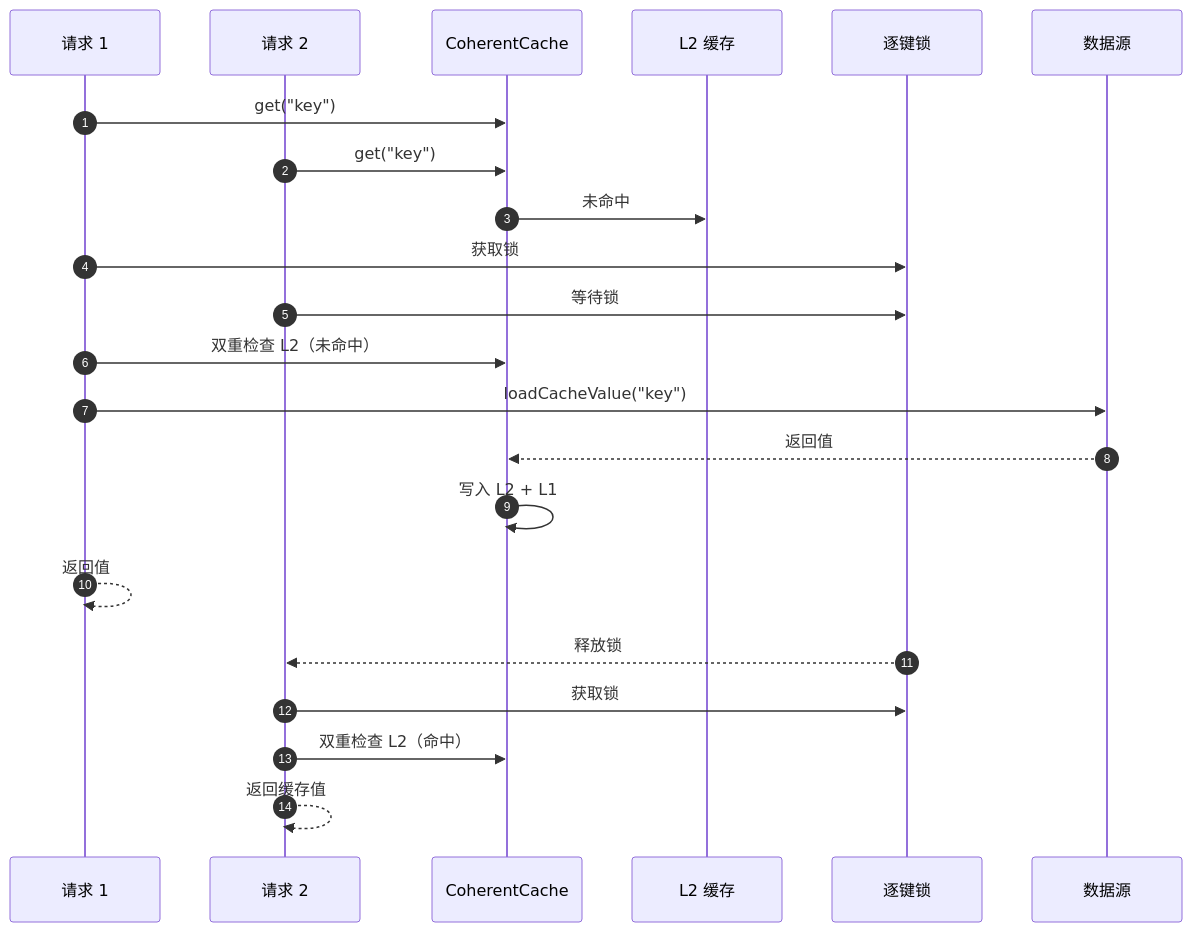
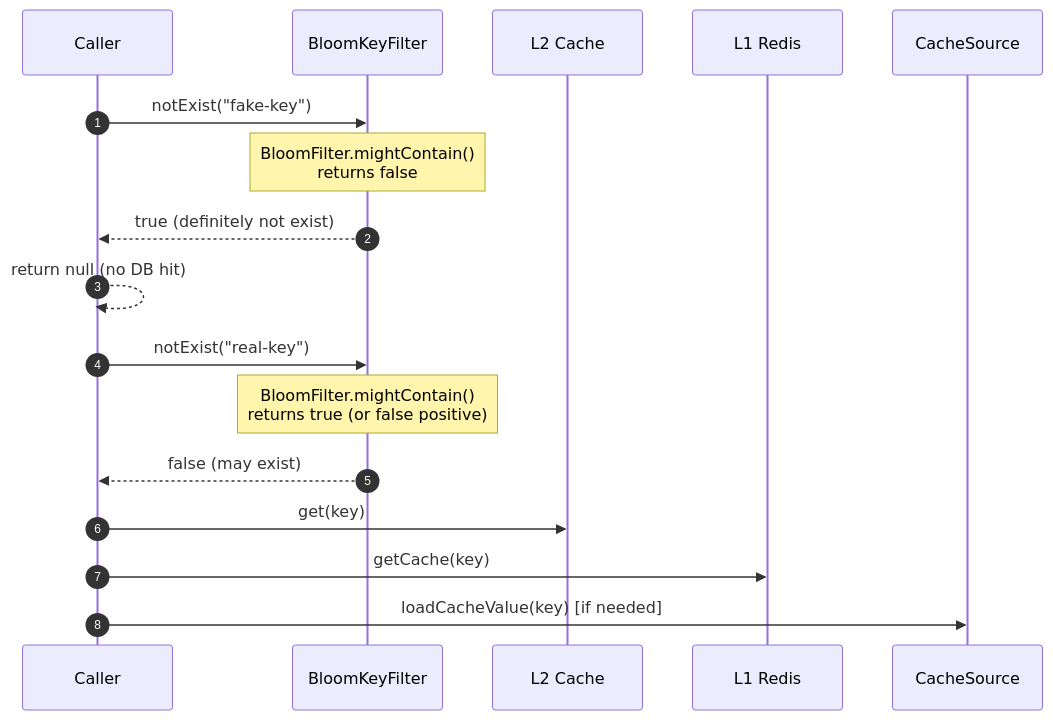
One commit to Ahoo-Wang/CoCache changed the third of 6 diagrams in wiki/zh/testing/performance-patterns.md. Above: the diagram before and after it, drawn with Mermaid. The commit also changed other lines of this file and 25 other files, not shown here.

````diff
--- a/wiki/zh/testing/performance-patterns.md
+++ b/wiki/zh/testing/performance-patterns.md
@@ -20,26 +189,22 @@
 ```mermaid
 sequenceDiagram
 autonumber
-    participant R1 as 请求 1
-    participant R2 as 请求 2
-    participant CC as CoherentCache
-    participant L2 as L2 缓存
-    participant Lock as 逐键锁
-    participant L0 as 数据源
+    participant Caller as Caller
+    participant BF as BloomKeyFilter
+    participant L2 as L2 Cache
+    participant L1 as L1 Redis
+    participant L0 as CacheSource
 
-    R1->>CC: get("key")
-    R2->>CC: get("key")
-    CC->>L2: 未命中
-    R1->>Lock: 获取锁
-    R2->>Lock: 等待锁
-    R1->>CC: 双重检查 L2（未命中）
-    R1->>L0: loadCacheValue("key")
-    L0-->>CC: 返回值
-    CC->>CC: 写入 L2 + L1
-    R1-->>R1: 返回值
-    Lock-->>R2: 释放锁
-    R2->>Lock: 获取锁
-    R2->>CC: 双重检查 L2（命中）
-    R2-->>R2: 返回缓存值
+    Caller->>BF: notExist("fake-key")
+    Note over BF: BloomFilter.mightContain()<br>returns false
+    BF-->>Caller: true (definitely not exist)
+    Caller-->>Caller: return null (no DB hit)
+
+    Caller->>BF: notExist("real-key")
+    Note over BF: BloomFilter.mightContain()<br>returns true (or false positive)
+    BF-->>Caller: false (may exist)
+    Caller->>L2: get(key)
+    Caller->>L1: getCache(key)
+    Caller->>L0: loadCacheValue(key) [if needed]
 
 ```
````
